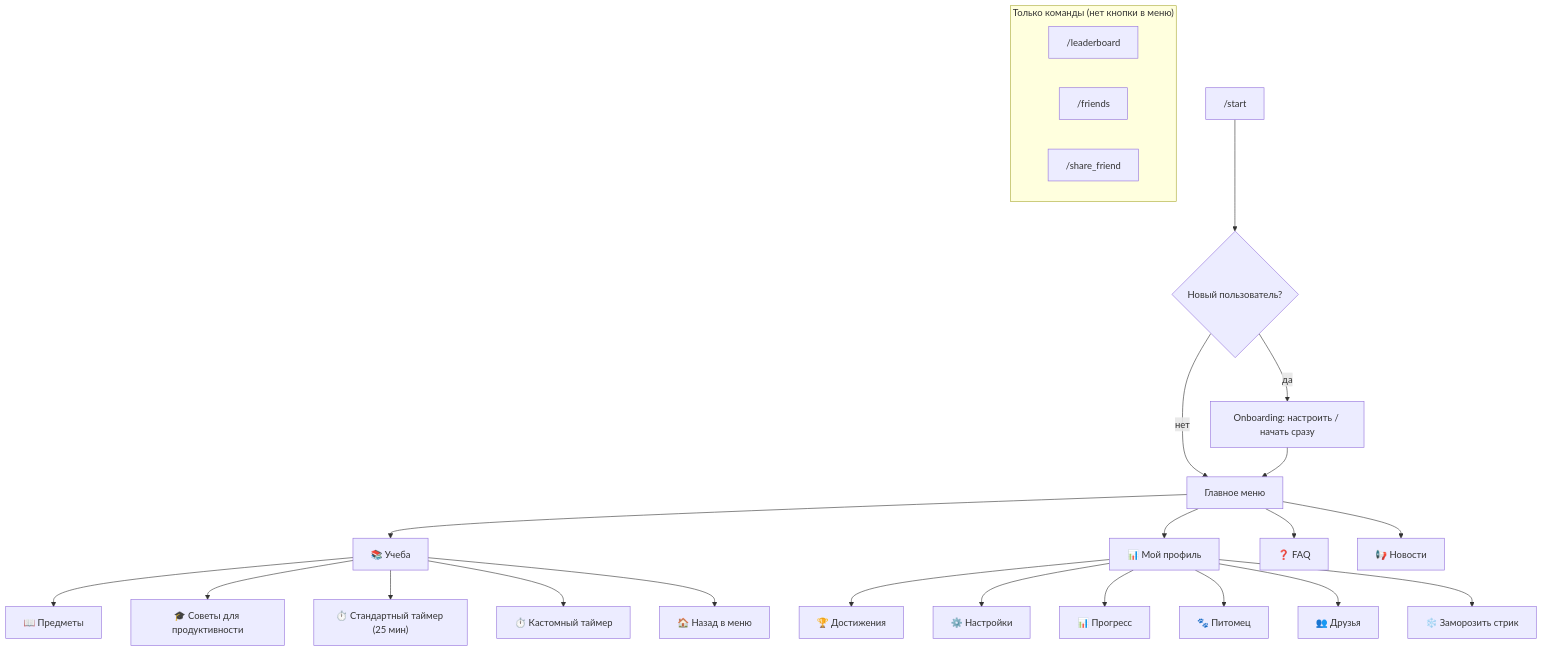
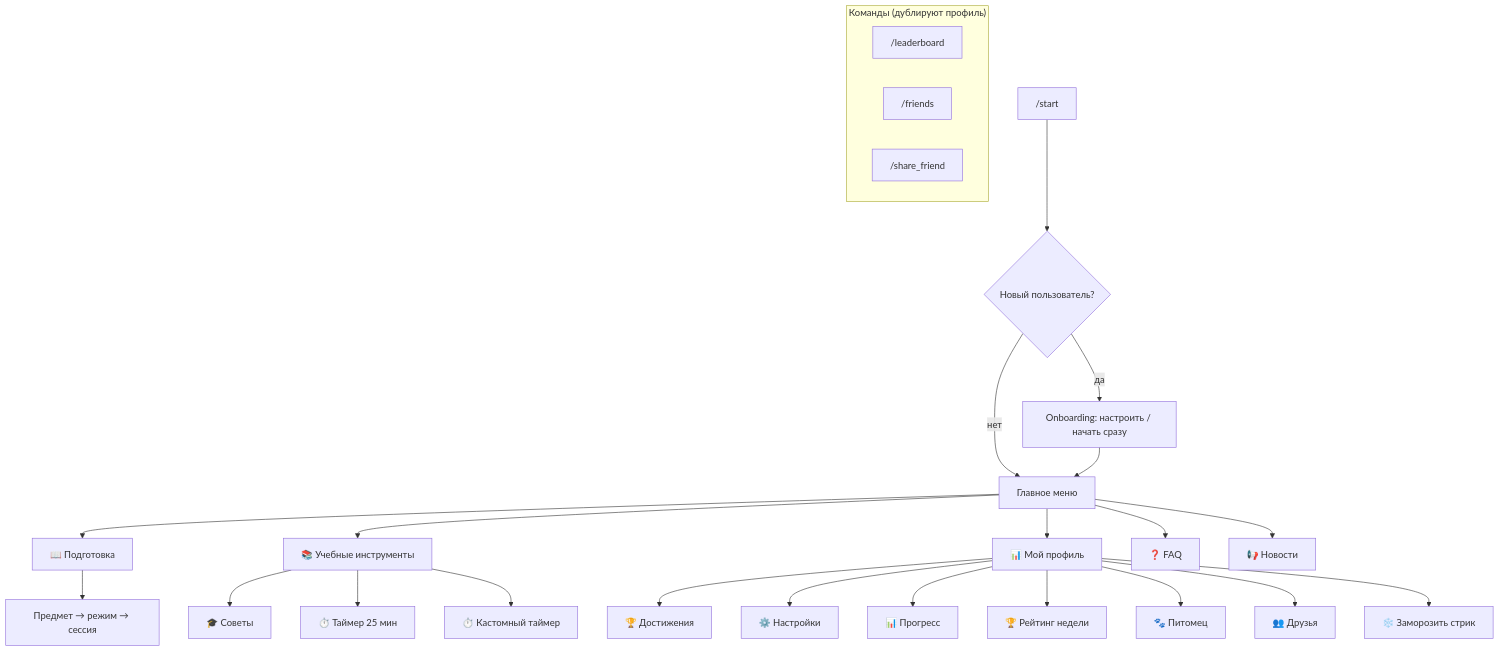
The first of 10 diagrams in user-flows.md (zerocious/Palph), drawn with Mermaid before and after one commit. The commit also changed other lines of this file and 98 other files, not shown here.

````diff
--- a/user-flows.md
+++ b/user-flows.md
@@ -26,31 +26,33 @@
 ```mermaid
 flowchart TB
     START["/start"] --> ONB{Новый пользователь?}
     ONB -->|да| SETUP["Onboarding: настроить / начать сразу"]
     ONB -->|нет| MAIN["Главное меню"]
     SETUP --> MAIN
 
-    MAIN --> STUDY["📚 Учеба"]
+    MAIN --> QUIZ["📖 Подготовка"]
+    MAIN --> STUDY["📚 Учебные инструменты"]
     MAIN --> PROFILE["📊 Мой профиль"]
     MAIN --> FAQ["❓ FAQ"]
     MAIN --> NEWS["📢 Новости"]
 
-    STUDY --> SUBJECTS["📖 Предметы"]
-    STUDY --> TIPS["🎓 Советы для продуктивности"]
-    STUDY --> TIMER_STD["⏱️ Стандартный таймер (25 мин)"]
+    QUIZ --> SUBJECTS["Предмет → режим → сессия"]
+
+    STUDY --> TIPS["🎓 Советы"]
+    STUDY --> TIMER_STD["⏱️ Таймер 25 мин"]
     STUDY --> TIMER_CUSTOM["⏱️ Кастомный таймер"]
-    STUDY --> BACK["🏠 Назад в меню"]
 
     PROFILE --> ACH["🏆 Достижения"]
     PROFILE --> SET["⚙️ Настройки"]
     PROFILE --> PROG["📊 Прогресс"]
+    PROFILE --> LB_BTN["🏆 Рейтинг недели"]
     PROFILE --> PET["🐾 Питомец"]
     PROFILE --> FR["👥 Друзья"]
     PROFILE --> FRZ["❄️ Заморозить стрик"]
 
-    subgraph commands["Только команды (нет кнопки в меню)"]
+    subgraph commands["Команды (дублируют профиль)"]
         LB["/leaderboard"]
         FR_CMD["/friends"]
         SHARE["/share_friend"]
     end
 ```
````
